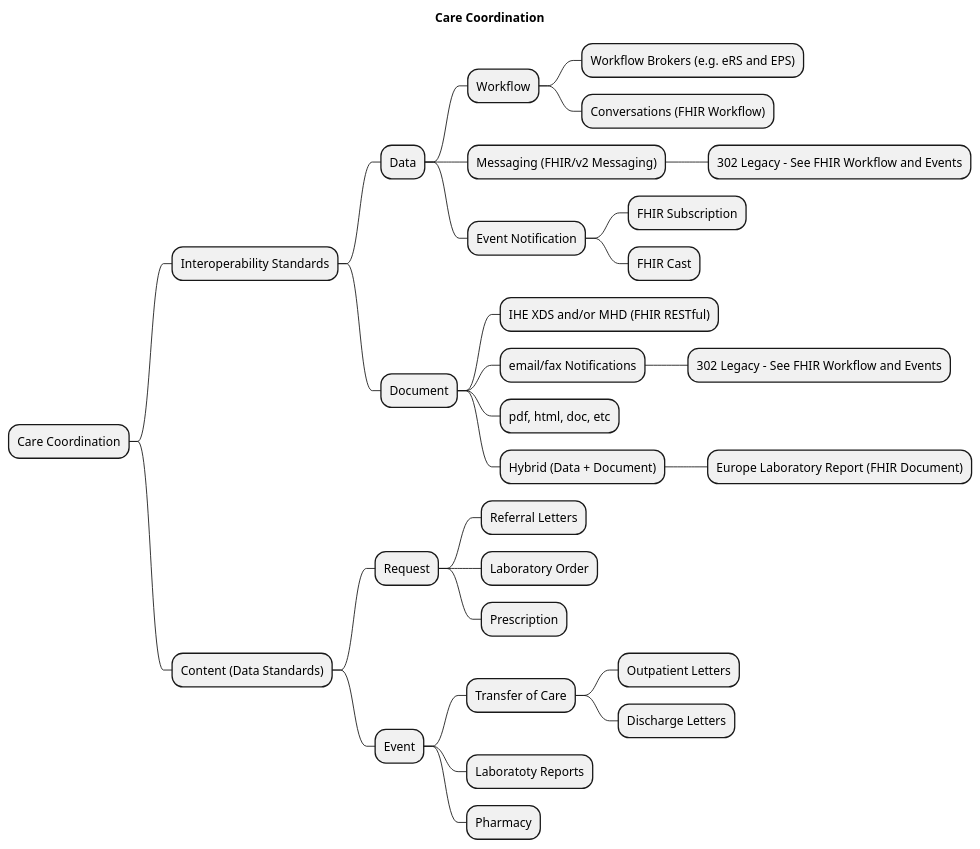
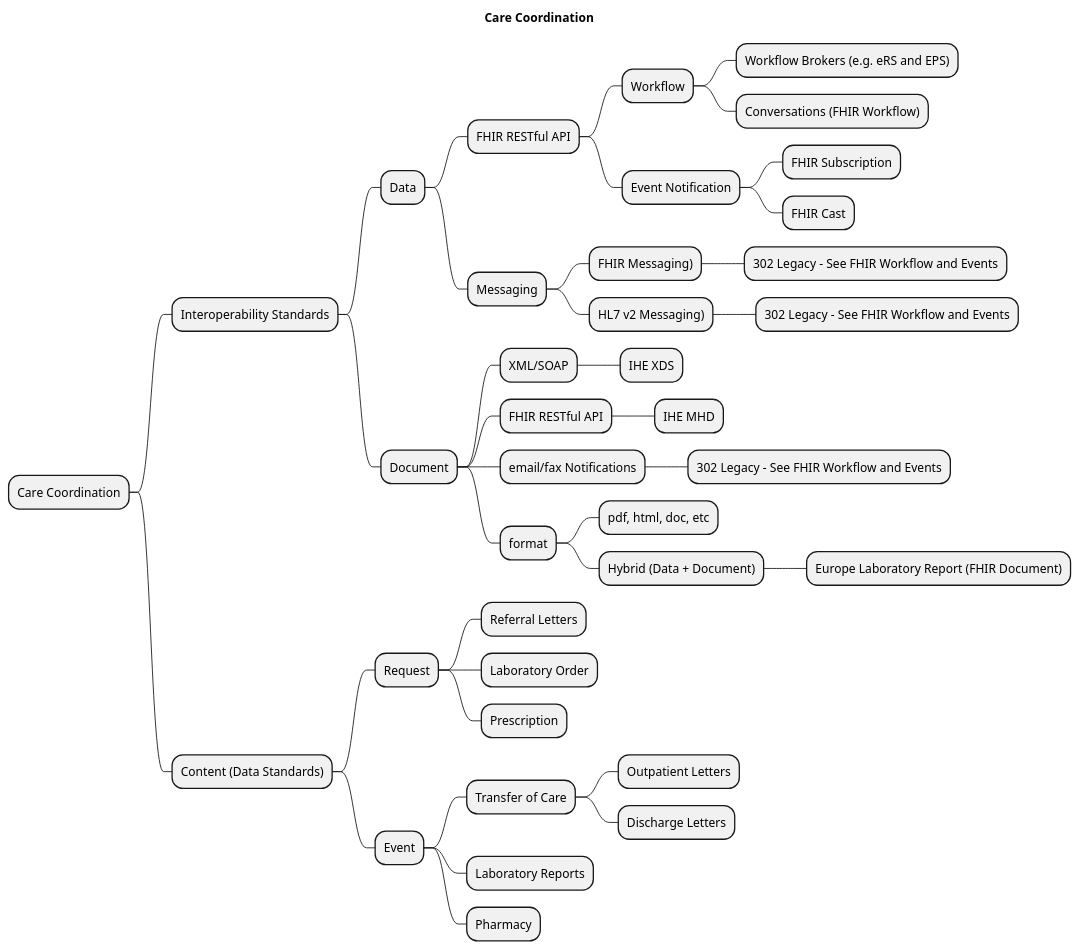
Before and after one commit to NHSDigital/interoperability-standards-documentation: the diagram in input/images-source/clinical-care-coordination-mindmap.plantuml, drawn with PlantUML. The commit also changed 347 other files, not shown here.

```diff
--- a/input/images-source/clinical-care-coordination-mindmap.plantuml
+++ b/input/images-source/clinical-care-coordination-mindmap.plantuml
@@ -1,39 +1,47 @@
 @startmindmap
 
 title Care Coordination
 
 * Care Coordination
 ** Interoperability Standards
 *** Data
-**** Workflow
-***** Workflow Brokers (e.g. eRS and EPS)
-***** Conversations (FHIR Workflow)
-**** Messaging (FHIR/v2 Messaging)
-***** 302 Legacy - See FHIR Workflow and Events
-**** Event Notification
-***** FHIR Subscription
-***** FHIR Cast
+**** FHIR RESTful API
+***** Workflow
+****** Workflow Brokers (e.g. eRS and EPS)
+****** Conversations (FHIR Workflow)
+***** Event Notification
+****** FHIR Subscription
+****** FHIR Cast
+**** Messaging
+***** FHIR Messaging)
+****** 302 Legacy - See FHIR Workflow and Events
+***** HL7 v2 Messaging)
+****** 302 Legacy - See FHIR Workflow and Events
 *** Document
-**** IHE XDS and/or MHD (FHIR RESTful)
+**** XML/SOAP
+***** IHE XDS
+**** FHIR RESTful API
+***** IHE MHD
 **** email/fax Notifications
 ***** 302 Legacy - See FHIR Workflow and Events
-**** pdf, html, doc, etc
-**** Hybrid (Data + Document)
-***** Europe Laboratory Report (FHIR Document)
+**** format
+***** pdf, html, doc, etc
+***** Hybrid (Data + Document)
+****** Europe Laboratory Report (FHIR Document)
 
 ** Content (Data Standards)
 *** Request
 **** Referral Letters
 **** Laboratory Order
 **** Prescription
 *** Event
 **** Transfer of Care
 ***** Outpatient Letters
 ***** Discharge Letters
-**** Laboratoty Reports
+**** Laboratory Reports
 **** Pharmacy
 
 
 
 
 @endmindmap
```
